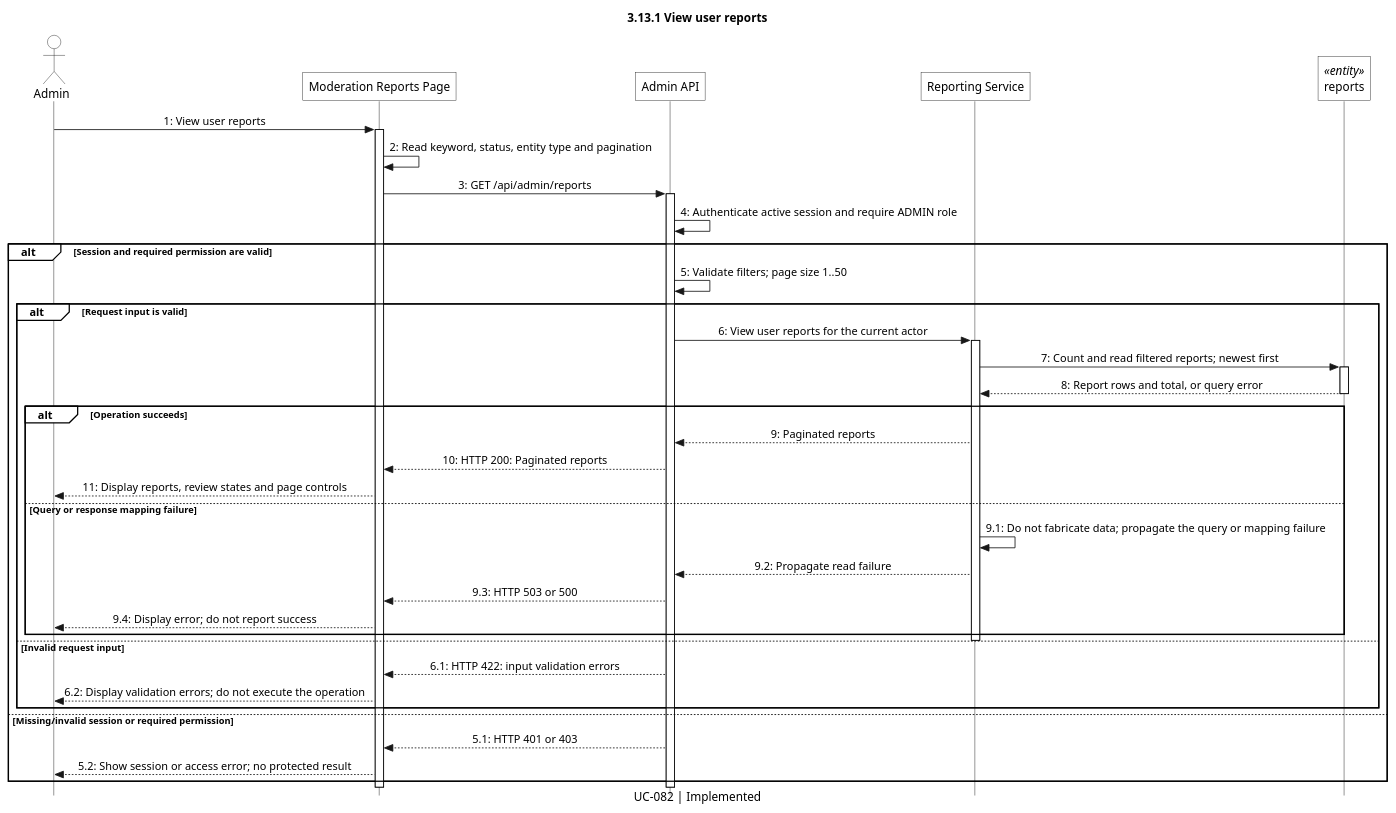
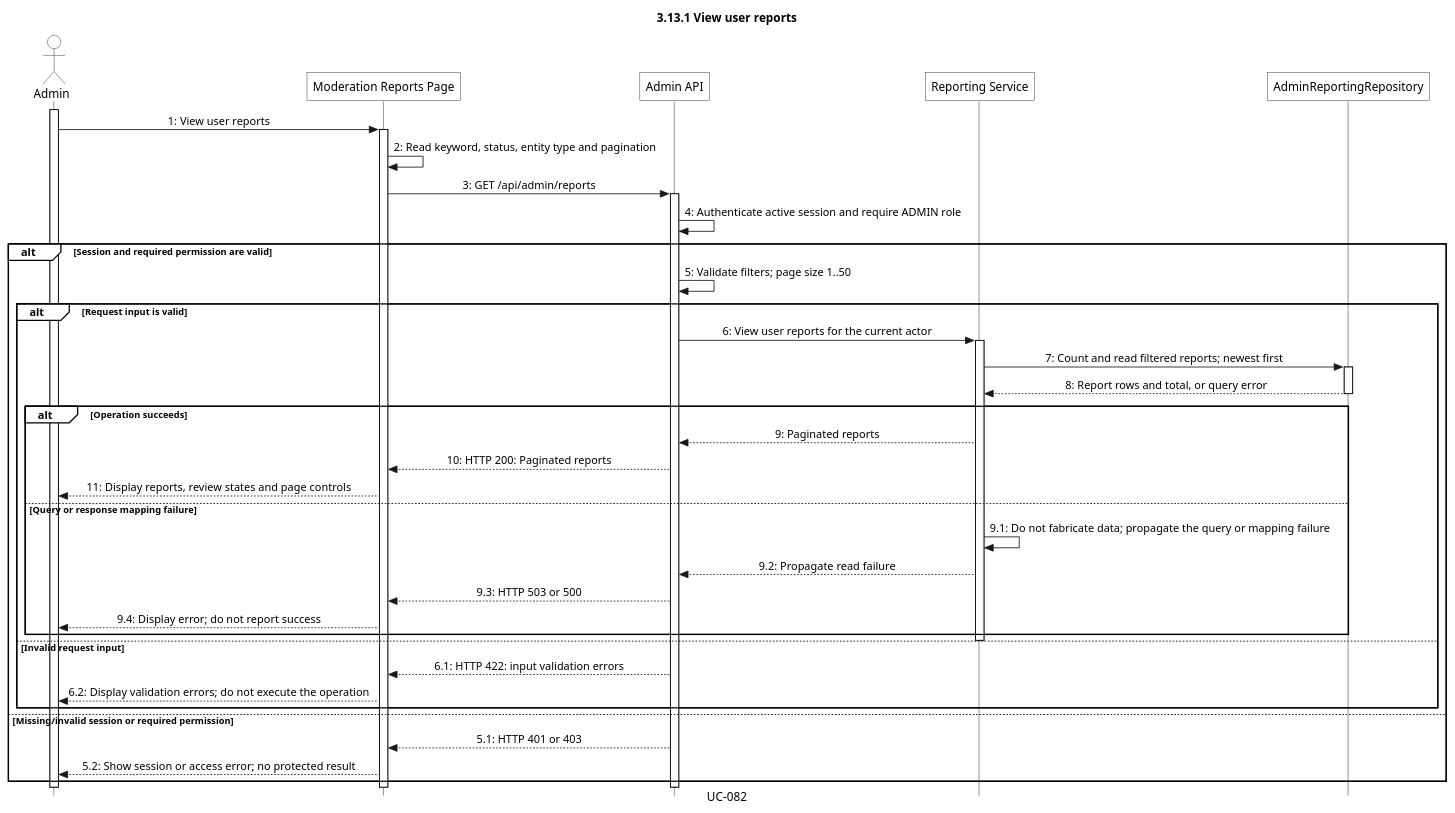
One commit to LNFSYS/lost-and-found-management-system-main changed the diagram in docs/sequences/Q/3.13/3.13.1_UC-082_view-user-reports.puml. Above: the diagram before and after it, drawn with PlantUML. The commit also changed 336 other files, not shown here.

Commit message:
docs: refine sequence lifelines and diagram presentation

```diff
--- a/docs/sequences/Q/3.13/3.13.1_UC-082_view-user-reports.puml
+++ b/docs/sequences/Q/3.13/3.13.1_UC-082_view-user-reports.puml
@@ -1,72 +1,76 @@
 @startuml
 title 3.13.1 View user reports
-caption UC-082 | Implemented
+caption UC-082
+' Catalogue: UC-082 | Implemented
 skinparam monochrome true
 skinparam shadowing false
 skinparam roundcorner 0
 skinparam defaultFontName Arial
 skinparam LegendBackgroundColor white
 skinparam style strictuml
 skinparam sequenceMessageAlign center
 show footbox
 <style>
 lifeLine {
     LineStyle 0
 }
 </style>
 skinparam sequence {
     ParticipantBackgroundColor white
     ActorBackgroundColor white
     LifeLineBackgroundColor white
     LifeLineBorderColor black
     GroupBackgroundColor white
     GroupHeaderBackgroundColor white
 }
 
 ' Source: apps/api-node/src/modules/admin/application/admin-reporting.use-cases.ts
+' Main entity: reports
 ' Main entity migration: apps/api-node/src/migrations/002_lost_found_schema.sql
-' One-table abstraction: related repository reads/writes stay inside the service.
+' Single persistence lifeline: related reads/writes remain summarized in the service.
 actor "Admin" as Actor
 participant "Moderation Reports Page" as Page
 participant "Admin API" as API
 participant "Reporting Service" as Service
-participant "reports" as Table <<entity>>
+participant "AdminReportingRepository" as Table
 
+activate Actor
 Actor -> Page: 1: View user reports
 activate Page
 Page -> Page: 2: Read keyword, status, entity type and pagination
 Page -> API: 3: GET /api/admin/reports
 activate API
 API -> API: 4: Authenticate active session and require ADMIN role
 alt Session and required permission are valid
     API -> API: 5: Validate filters; page size 1..50
     alt Request input is valid
         API -> Service: 6: View user reports for the current actor
         activate Service
         Service -> Table: 7: Count and read filtered reports; newest first
         activate Table
         Table --> Service: 8: Report rows and total, or query error
         deactivate Table
         alt Operation succeeds
             Service --> API: 9: Paginated reports
             API --> Page: 10: HTTP 200: Paginated reports
             Page --> Actor: 11: Display reports, review states and page controls
         else Query or response mapping failure
             Service -> Service: 9.1: Do not fabricate data; propagate the query or mapping failure
             Service --> API: 9.2: Propagate read failure
             API --> Page: 9.3: HTTP 503 or 500
             Page --> Actor: 9.4: Display error; do not report success
         end
         deactivate Service
     else Invalid request input
         API --> Page: 6.1: HTTP 422: input validation errors
         Page --> Actor: 6.2: Display validation errors; do not execute the operation
     end
 else Missing/invalid session or required permission
     API --> Page: 5.1: HTTP 401 or 403
     Page --> Actor: 5.2: Show session or access error; no protected result
 end
 deactivate API
 deactivate Page
+deactivate Actor
 
 @enduml
```
